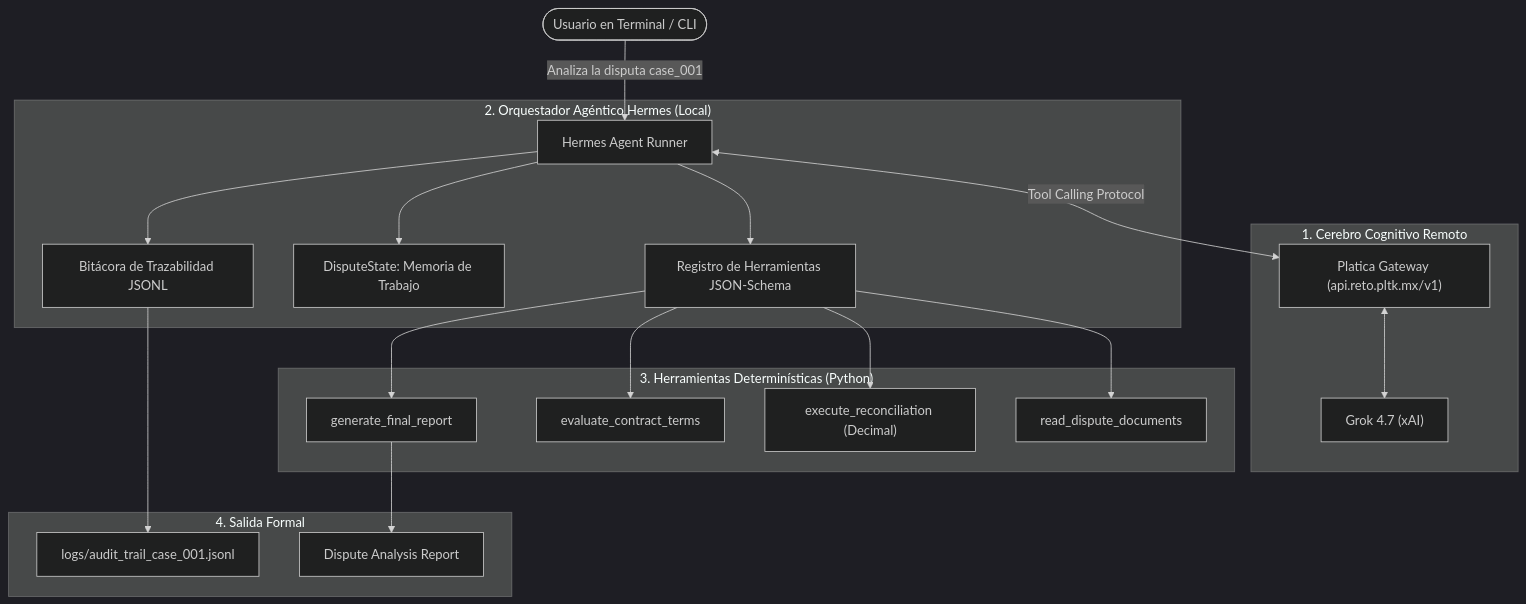
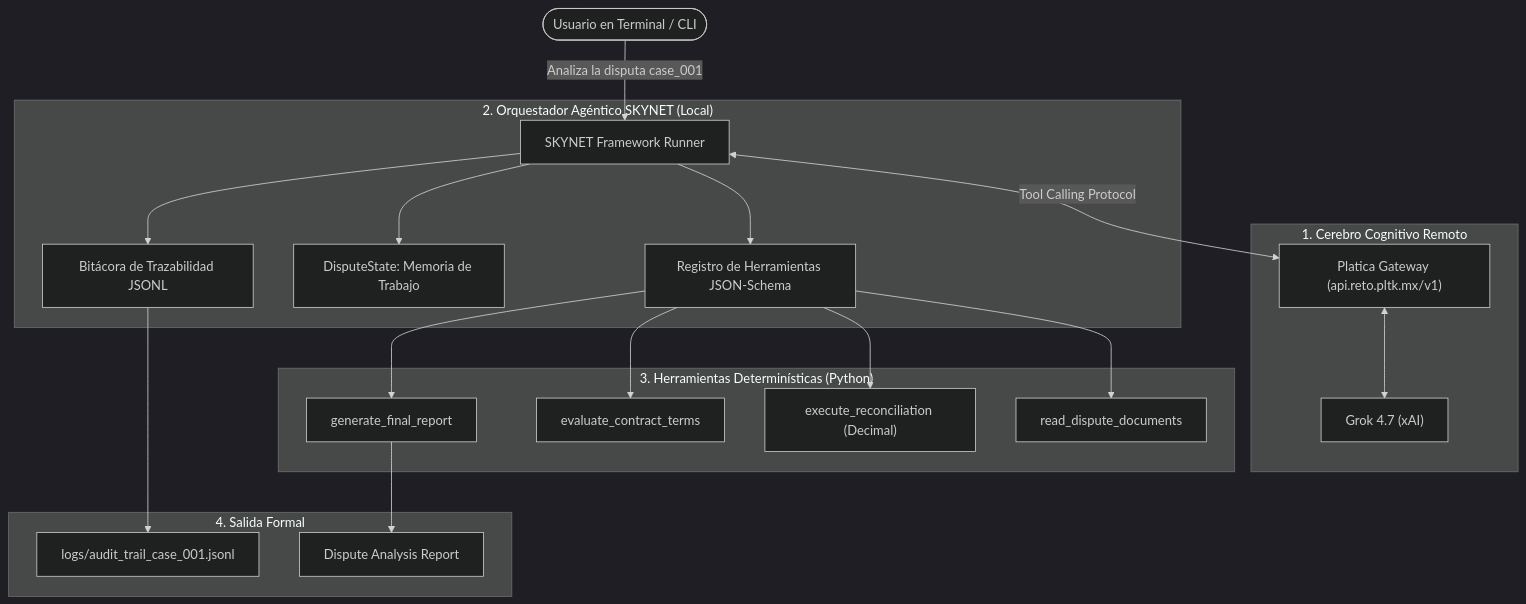
One commit to Jsebastiansalas/SupplyMind-AI changed the diagram in README.md. Above: the diagram before and after it, drawn with Mermaid (dark theme). The commit also changed other lines of this file and 93 other files, not shown here.

````diff
--- a/README.md
+++ b/README.md
@@ -54,29 +54,29 @@
 ```mermaid
 graph TD
-    User([Usuario en Terminal / CLI]) -->|"Analiza la disputa case_001"| Runner[Hermes Agent Runner]
+    User([Usuario en Terminal / CLI]) -->|"Analiza la disputa case_001"| Runner[SKYNET Framework Runner]
     
     subgraph "1. Cerebro Cognitivo Remoto"
         PlaticaGateway["Platica Gateway (api.reto.pltk.mx/v1)"]
         Grok["Grok 4.7 (xAI)"]
         PlaticaGateway <--> Grok
     end
     
-    subgraph "2. Orquestador Agéntico Hermes (Local)"
+    subgraph "2. Orquestador Agéntico SKYNET (Local)"
         Runner <-->|Tool Calling Protocol| PlaticaGateway
         Runner --> ToolRegistry[Registro de Herramientas JSON-Schema]
         Runner --> StateMem[DisputeState: Memoria de Trabajo]
         Runner --> AuditLog[Bitácora de Trazabilidad JSONL]
     end
     
     subgraph "3. Herramientas Determinísticas (Python)"
         ToolRegistry --> T1["read_dispute_documents"]
         ToolRegistry --> T2["execute_reconciliation (Decimal)"]
         ToolRegistry --> T3["evaluate_contract_terms"]
         ToolRegistry --> T4["generate_final_report"]
     end
     
     subgraph "4. Salida Formal"
         T4 --> Report[Dispute Analysis Report]
         AuditLog --> AuditTrail[logs/audit_trail_case_001.jsonl]
     end
 ```
````
